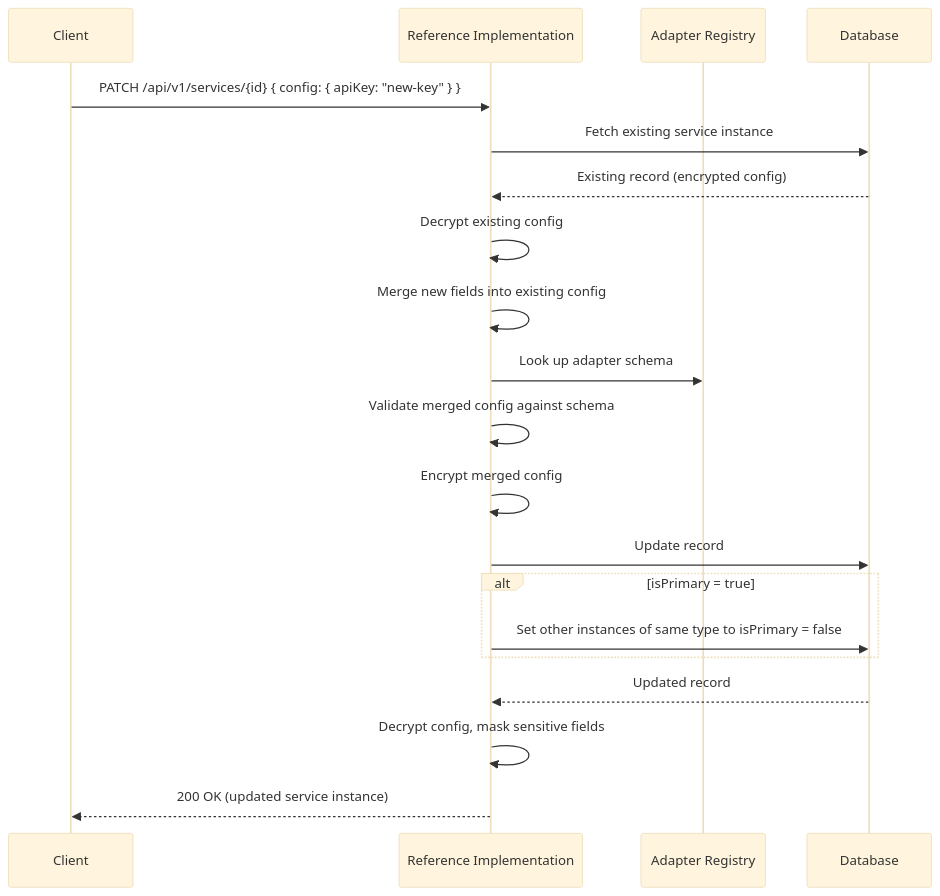
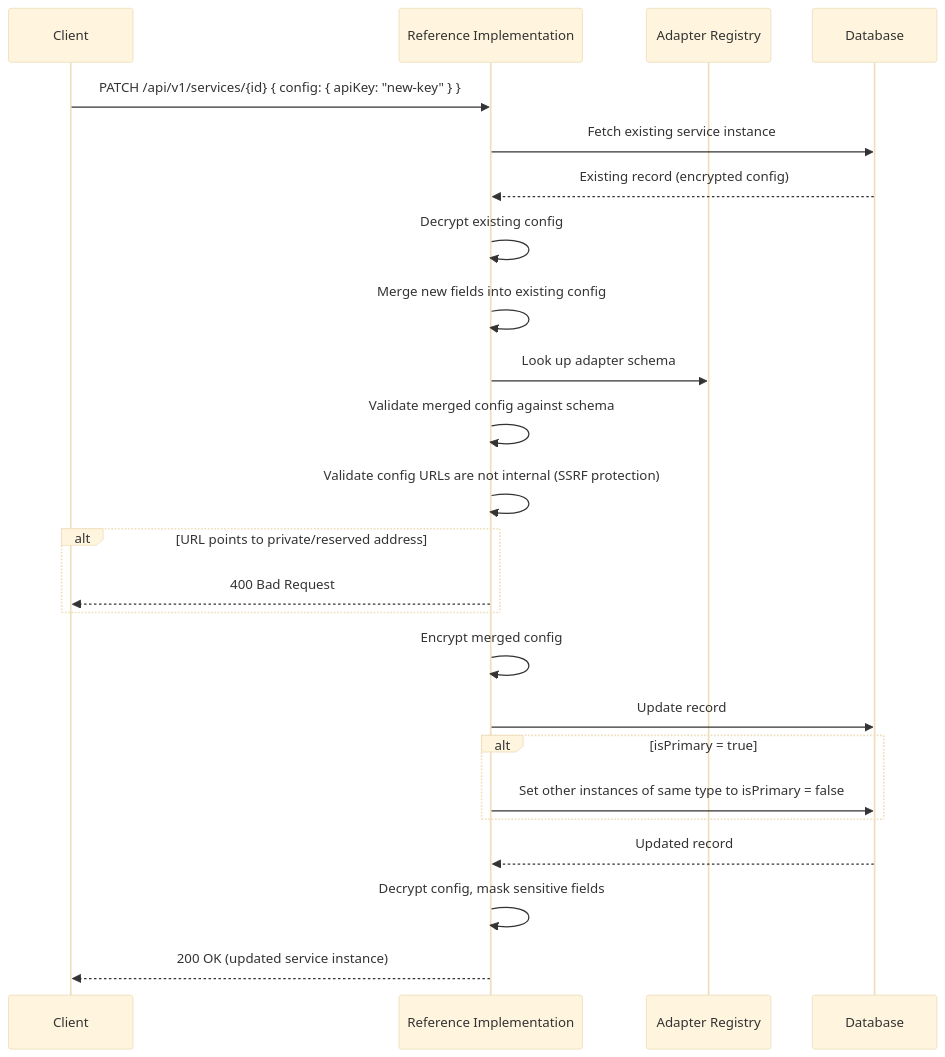
The third of 4 diagrams in documentation/docs/reference-implementation/api/services.md (uncefact/tests-untp), drawn with Mermaid (base theme) before and after one commit. The commit also changed other lines of this file and 3 other files, not shown here.

````diff
--- a/documentation/docs/reference-implementation/api/services.md
+++ b/documentation/docs/reference-implementation/api/services.md
@@ -121,23 +125,27 @@
 ```mermaid
 sequenceDiagram
     participant Client
     participant RI as Reference Implementation
     participant Registry as Adapter Registry
     participant DB as Database
 
     Client->>RI: PATCH /api/v1/services/{id} { config: { apiKey: "new-key" } }
     RI->>DB: Fetch existing service instance
     DB-->>RI: Existing record (encrypted config)
     RI->>RI: Decrypt existing config
     RI->>RI: Merge new fields into existing config
     RI->>Registry: Look up adapter schema
     RI->>RI: Validate merged config against schema
+    RI->>RI: Validate config URLs are not internal (SSRF protection)
+    alt URL points to private/reserved address
+        RI-->>Client: 400 Bad Request
+    end
     RI->>RI: Encrypt merged config
     RI->>DB: Update record
     alt isPrimary = true
         RI->>DB: Set other instances of same type to isPrimary = false
     end
     DB-->>RI: Updated record
     RI->>RI: Decrypt config, mask sensitive fields
     RI-->>Client: 200 OK (updated service instance)
 ```
````
